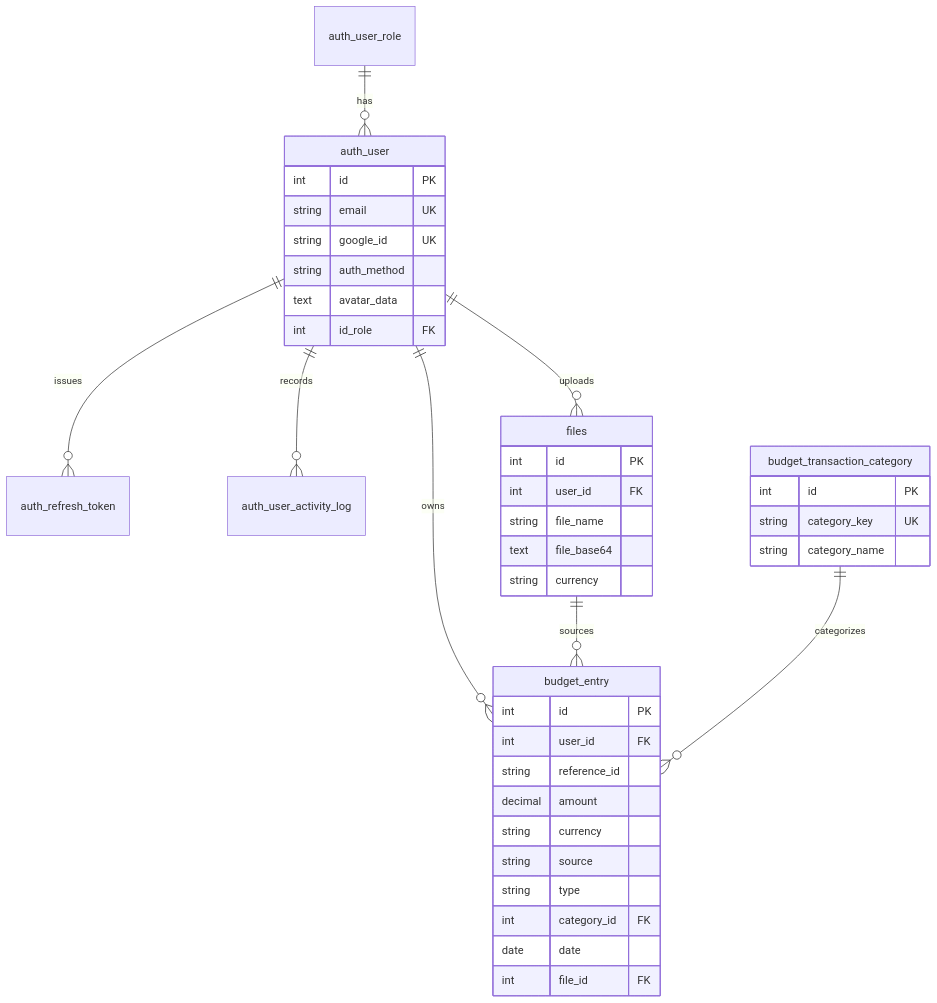
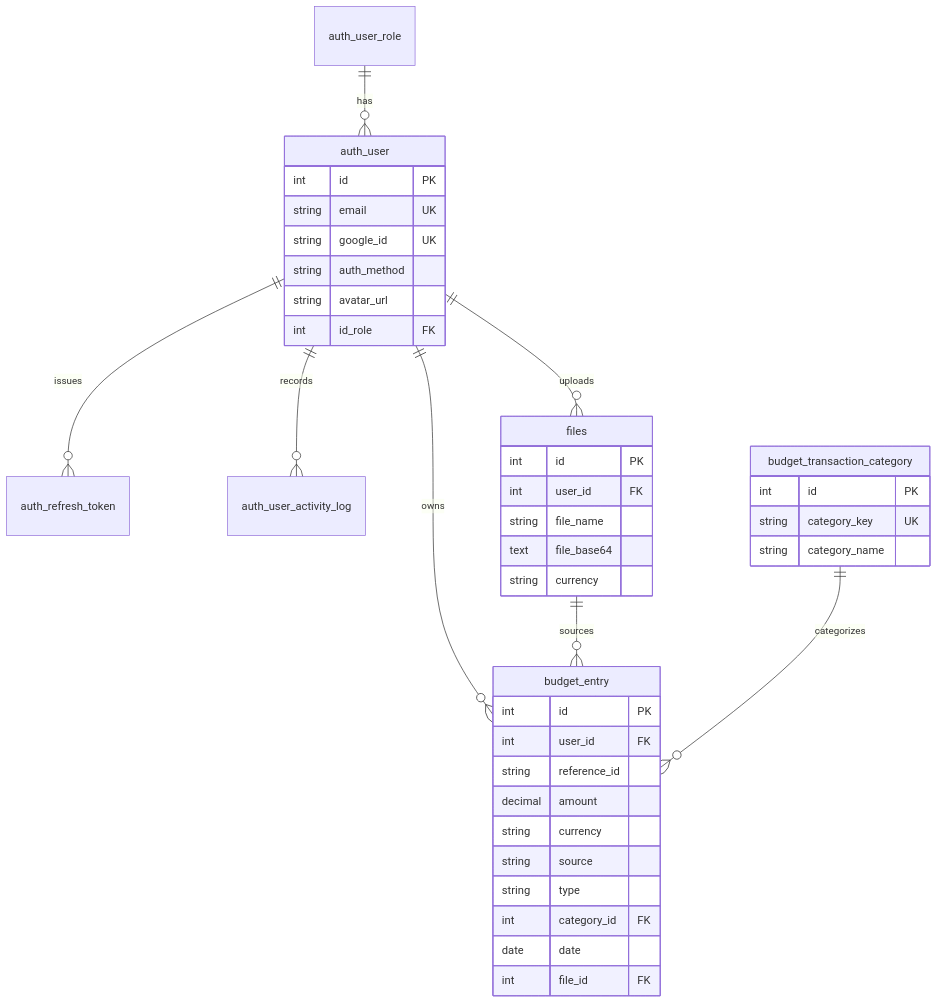
The fourth of 4 diagrams in README.md (matiastulli/MYNAB), drawn with Mermaid before and after one commit. The commit also changed 17 other files, not shown here.

````diff
--- a/README.md
+++ b/README.md
@@ -156,43 +156,43 @@
 ```mermaid
 erDiagram
     auth_user_role ||--o{ auth_user : "has"
     auth_user ||--o{ auth_refresh_token : "issues"
     auth_user ||--o{ auth_user_activity_log : "records"
     auth_user ||--o{ files : "uploads"
     auth_user ||--o{ budget_entry : "owns"
     files ||--o{ budget_entry : "sources"
     budget_transaction_category ||--o{ budget_entry : "categorizes"
 
     auth_user {
         int id PK
         string email UK
         string google_id UK
         string auth_method
-        text avatar_data
+        string avatar_url
         int id_role FK
     }
     files {
         int id PK
         int user_id FK
         string file_name
         text file_base64
         string currency
     }
     budget_entry {
         int id PK
         int user_id FK
         string reference_id
         decimal amount
         string currency
         string source
         string type
         int category_id FK
         date date
         int file_id FK
     }
     budget_transaction_category {
         int id PK
         string category_key UK
         string category_name
     }
 ```
````
